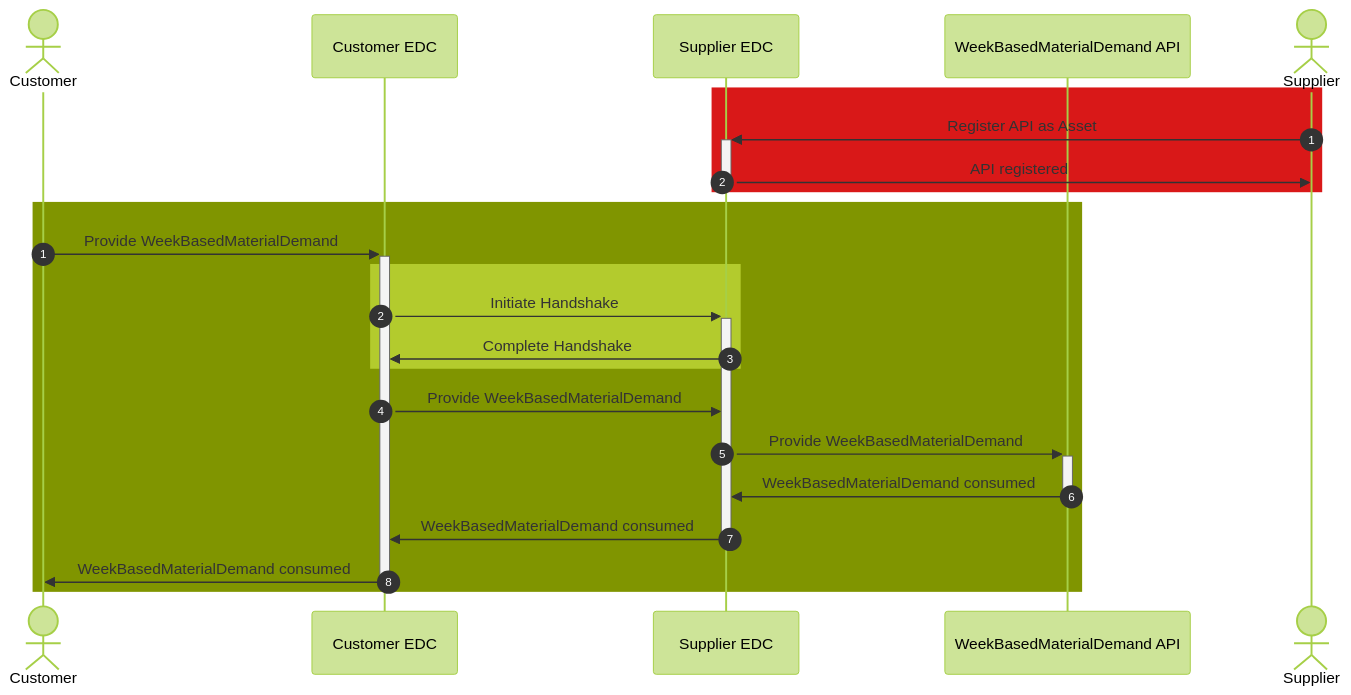
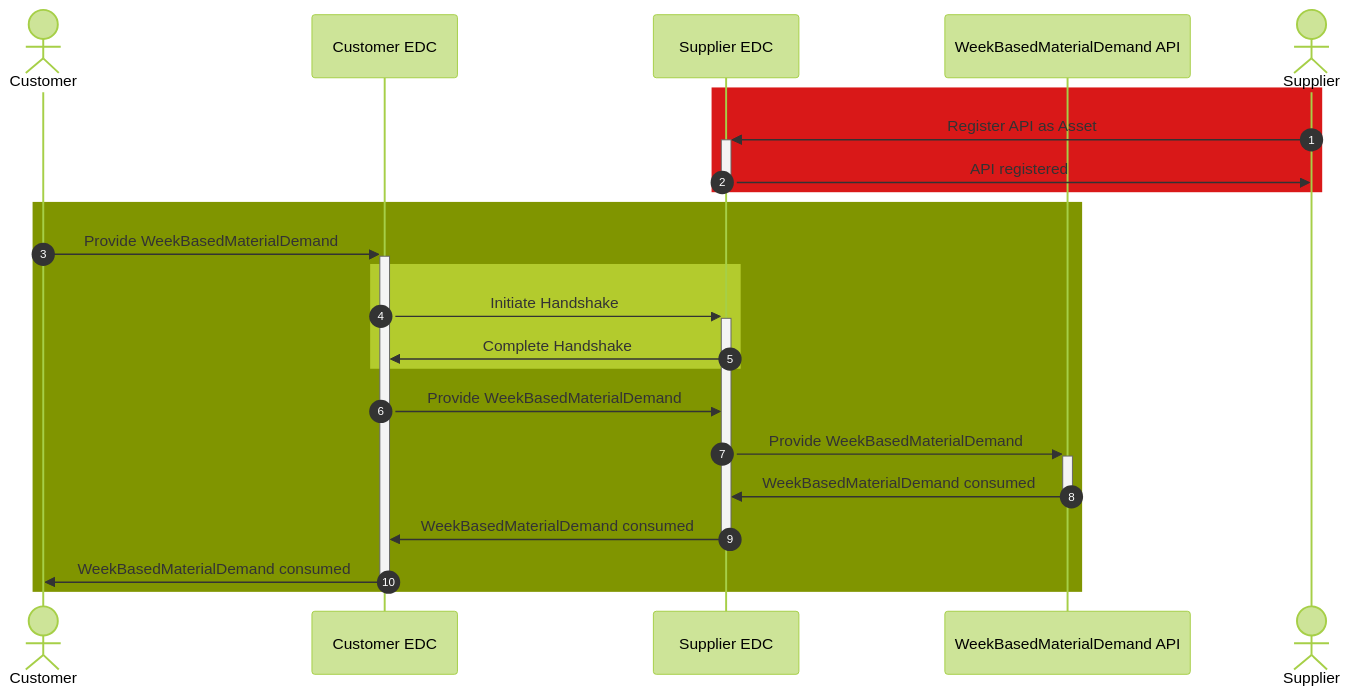
Before and after one commit to eclipse-tractusx/eclipse-tractusx.github.io: the diagram in docs-kits/kits/demand-and-capacity-management-kit/development-view/api-material-demand.md, drawn with Mermaid (forest theme).

Commit message:
fix: autonumber flow

````diff
--- a/docs-kits/kits/demand-and-capacity-management-kit/development-view/api-material-demand.md
+++ b/docs-kits/kits/demand-and-capacity-management-kit/development-view/api-material-demand.md
@@ -22,28 +22,27 @@
 ```mermaid
 sequenceDiagram
+autonumber
     actor c as Customer 
     participant ce as Customer EDC
     participant se as Supplier EDC
     participant a as WeekBasedMaterialDemand API
     actor s as Supplier
     
     rect rgb(217,24,24)
-        autonumber 1
         s->>+se: Register API as Asset
         se->>-s: API registered
     end
     rect rgb(128,149,00)
-        autonumber 1
         c->>+ce: Provide WeekBasedMaterialDemand
         rect rgb(179,203,45)
         ce->>+se: Initiate Handshake
         se->>ce: Complete Handshake
         end
     ce->>se: Provide WeekBasedMaterialDemand
     se->>+a: Provide WeekBasedMaterialDemand
     a->>-se: WeekBasedMaterialDemand consumed
     se->>-ce: WeekBasedMaterialDemand consumed
     ce->>-c: WeekBasedMaterialDemand consumed
     
     end
 ```
````
